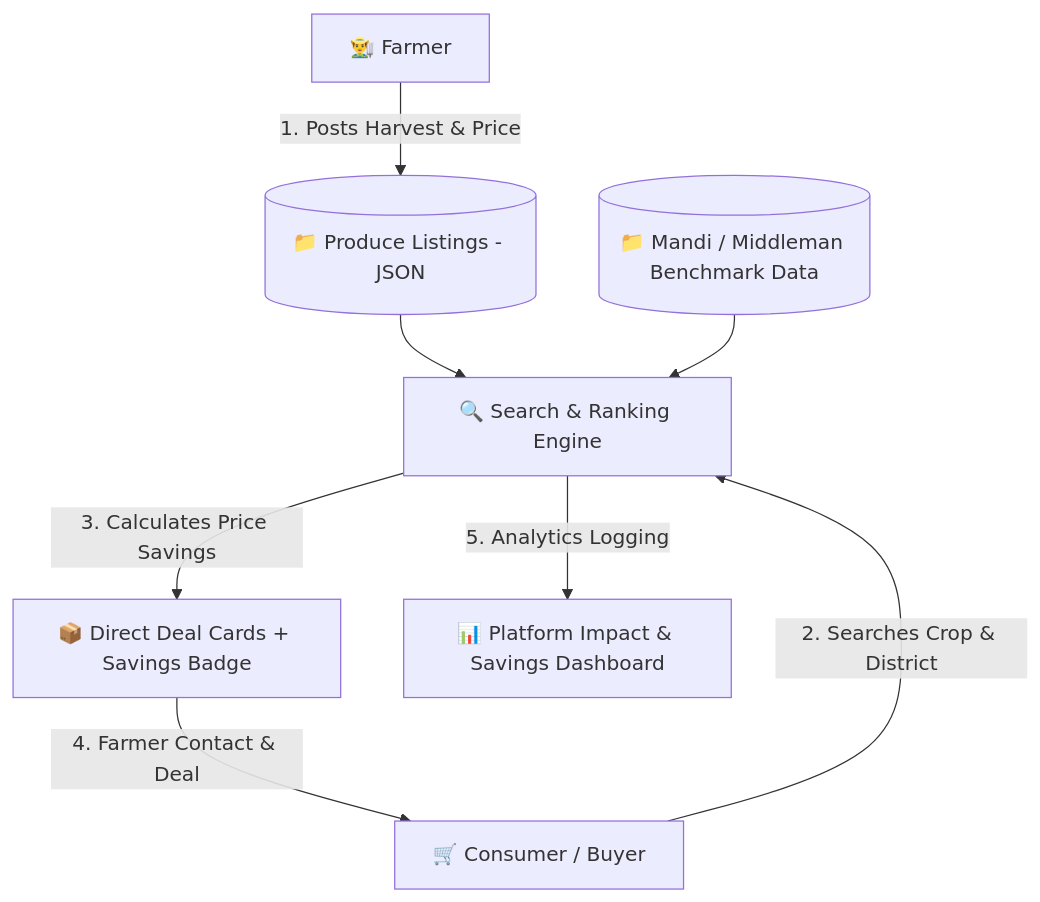
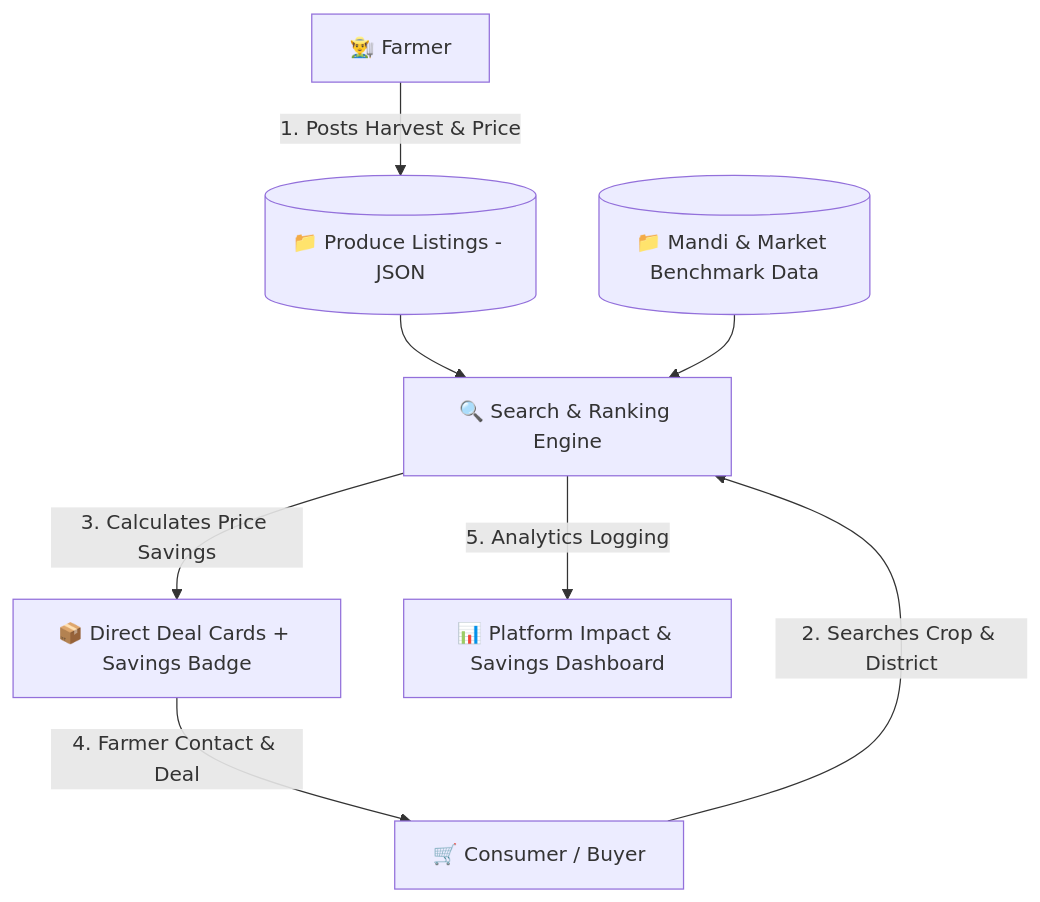
The diagram in README.md (Shaikshadik03/KisanConnect), drawn with Mermaid before and after one commit.

Commit message:
fix: resolve mermaid chart parser syntax in README

````diff
--- a/README.md
+++ b/README.md
@@ -22,10 +22,10 @@
 ```mermaid
 flowchart TD
-    A[👨‍🌾 Farmer] -->|1. Posts Harvest & Price| B[(📁 Produce Listings - JSON)]
-    C[🛒 Consumer / Buyer] -->|2. Searches Crop & District| D[🔍 Search & Ranking Engine]
+    A["👨‍🌾 Farmer"] -->|"1. Posts Harvest & Price"| B[("📁 Produce Listings - JSON")]
+    C["🛒 Consumer / Buyer"] -->|"2. Searches Crop & District"| D["🔍 Search & Ranking Engine"]
     B --> D
-    E[(📁 Mandi / Middleman Benchmark Data)] --> D
-    D -->|3. Calculates Price Savings| F[📦 Direct Deal Cards + Savings Badge]
-    F -->|4. Farmer Contact & Deal| C
-    D -->|5. Analytics Logging| G[📊 Platform Impact & Savings Dashboard]
+    E[("📁 Mandi & Market Benchmark Data")] --> D
+    D -->|"3. Calculates Price Savings"| F["📦 Direct Deal Cards + Savings Badge"]
+    F -->|"4. Farmer Contact & Deal"| C
+    D -->|"5. Analytics Logging"| G["📊 Platform Impact & Savings Dashboard"]
 ```
````
